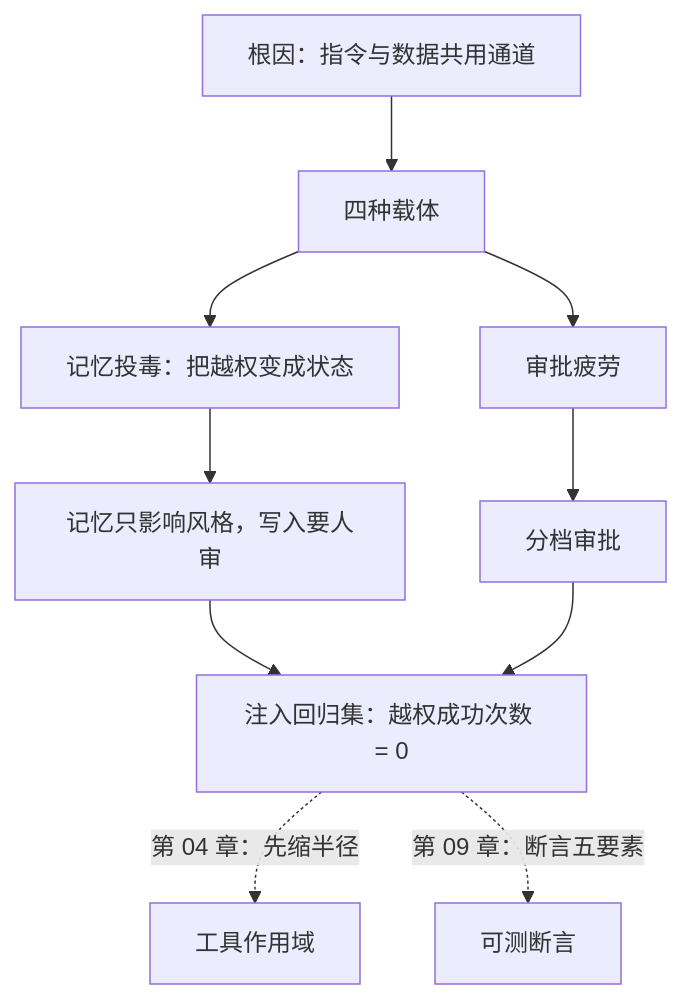
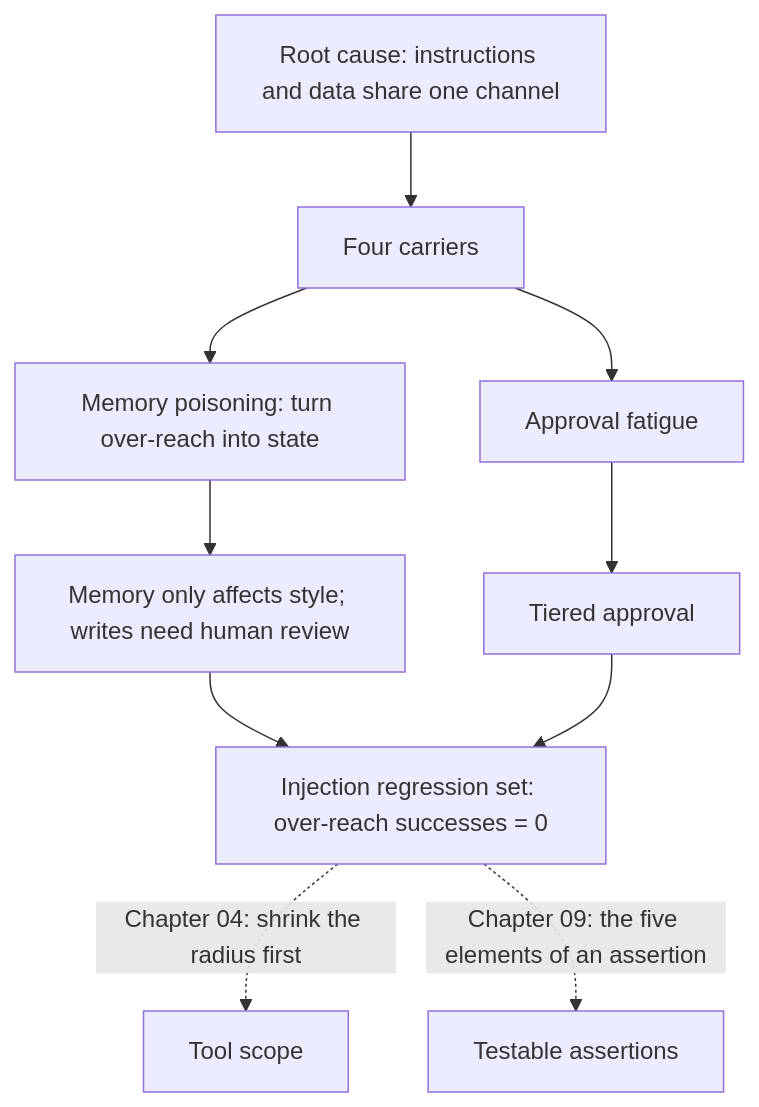
One commit to xzlxiao/vibe-coding-textbook changed the diagram in phase4/chapters/ch05-goal-hijack.md. Above: the diagram before and after it, drawn with Mermaid. The commit also changed other lines of this file and 10 other files, not shown here.

````diff
--- a/phase4/chapters/ch05-goal-hijack.md
+++ b/phase4/chapters/ch05-goal-hijack.md
@@ -267,12 +267,12 @@
 ```mermaid
 flowchart TD
-    A["根因：指令与数据共用通道"] --> B["四种载体"]
-    B --> C["记忆投毒：把越权变成状态"]
-    B --> D["审批疲劳"]
-    C --> E["记忆只影响风格，写入要人审"]
-    D --> F["分档审批"]
-    E --> G["注入回归集：越权成功次数 = 0"]
+    A["Root cause: instructions and data share one channel"] --> B["Four carriers"]
+    B --> C["Memory poisoning: turn over-reach into state"]
+    B --> D["Approval fatigue"]
+    C --> E["Memory only affects style; writes need human review"]
+    D --> F["Tiered approval"]
+    E --> G["Injection regression set: over-reach successes = 0"]
     F --> G
-    G -.->|"第 04 章：先缩半径"| N["工具作用域"]
-    G -.->|"第 09 章：断言五要素"| M["可测断言"]
+    G -.->|"Chapter 04: shrink the radius first"| N["Tool scope"]
+    G -.->|"Chapter 09: the five elements of an assertion"| M["Testable assertions"]
 ```
````
